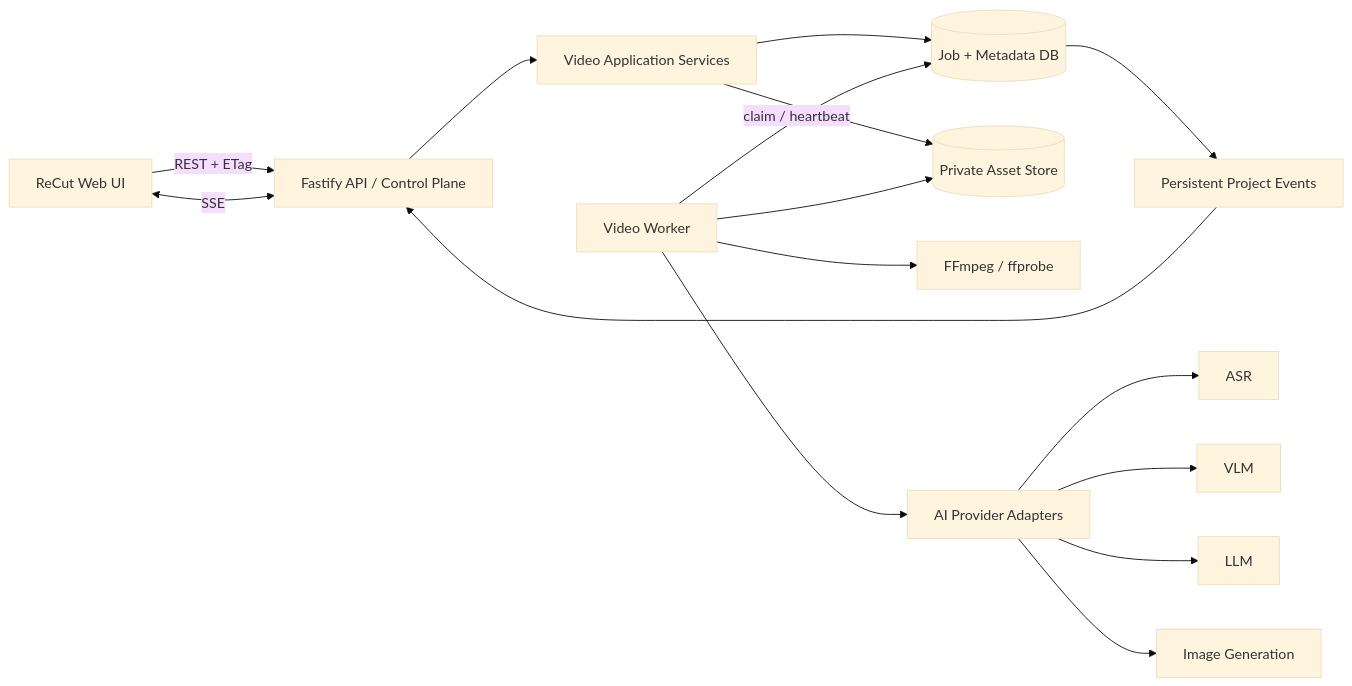
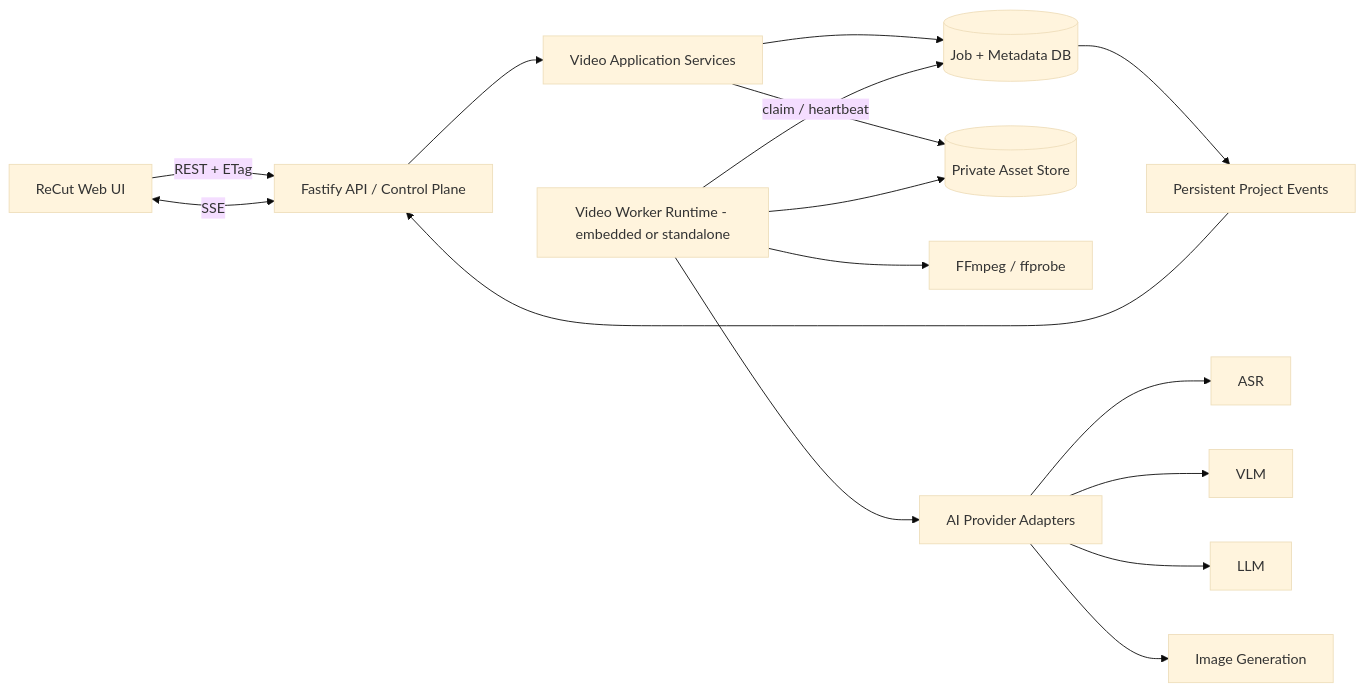
Before and after one commit to Jarvis-Zhou/tiktok-tibao: the diagram in docs/video-backend-design.md, drawn with Mermaid (base theme). The commit also changed other lines of this file and 2 other files, not shown here.

````diff
--- a/docs/video-backend-design.md
+++ b/docs/video-backend-design.md
@@ -65,18 +65,18 @@
 ```mermaid
 flowchart LR
     UI[ReCut Web UI] -->|REST + ETag| API[Fastify API / Control Plane]
     UI <-->|SSE| API
     API --> APP[Video Application Services]
     APP --> DB[(Job + Metadata DB)]
     APP --> STORE[(Private Asset Store)]
-    WORKER[Video Worker] -->|claim / heartbeat| DB
+    WORKER[Video Worker Runtime - embedded or standalone] -->|claim / heartbeat| DB
     WORKER --> STORE
     WORKER --> MEDIA[FFmpeg / ffprobe]
     WORKER --> ADAPTER[AI Provider Adapters]
     ADAPTER --> ASR[ASR]
     ADAPTER --> VLM[VLM]
     ADAPTER --> LLM[LLM]
     ADAPTER --> IMG[Image Generation]
     DB --> EVENTS[Persistent Project Events]
     EVENTS --> API
 ```
````
